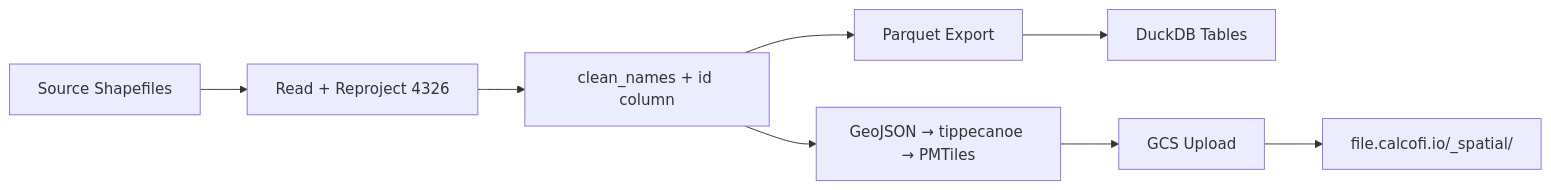
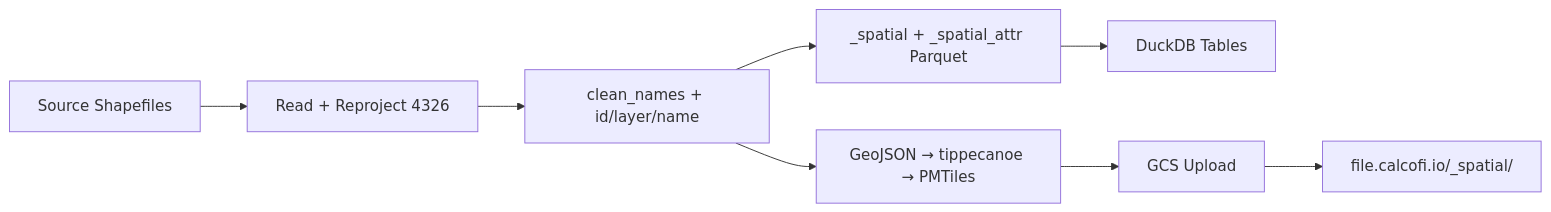
Before and after one commit to CalCOFI/workflows: the diagram in ingest_spatial.qmd, drawn with Mermaid. The commit also changed other lines of this file and 24 other files, not shown here.

````diff
--- a/ingest_spatial.qmd
+++ b/ingest_spatial.qmd
@@ -29,10 +29,10 @@
 ```{mermaid}
 graph LR
   A[Source Shapefiles] --> B[Read + Reproject 4326]
-  B --> C[clean_names + id column]
-  C --> D[Parquet Export]
-  C --> E[GeoJSON → tippecanoe → PMTiles]
+  B --> C["clean_names + id/layer/name"]
+  C --> D["_spatial + _spatial_attr Parquet"]
+  C --> E["GeoJSON → tippecanoe → PMTiles"]
   D --> F[DuckDB Tables]
   E --> G[GCS Upload]
-  G --> H[file.calcofi.io/_spatial/]
+  G --> H["file.calcofi.io/_spatial/"]
 ```
````
